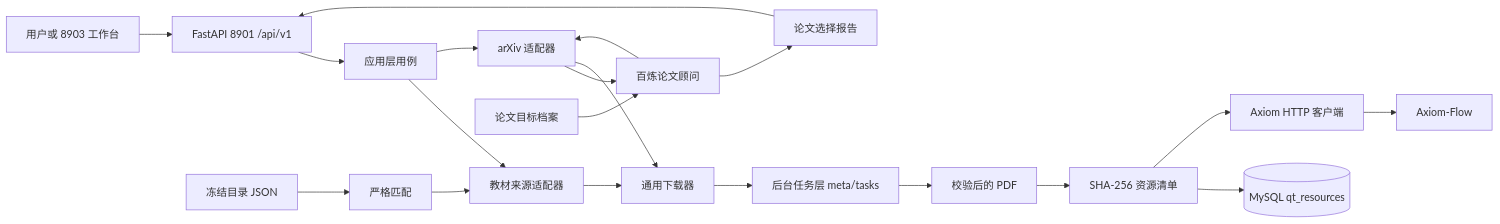
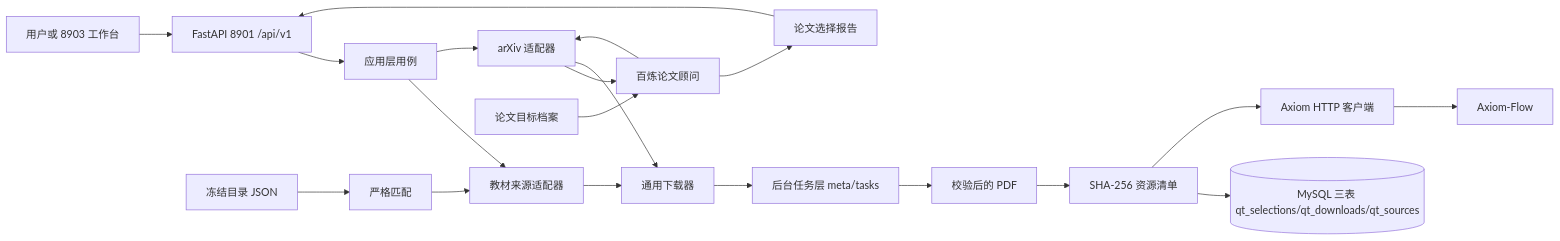
Before and after one commit to swfswf1234/QED-Tracker: the diagram in docs/architecture/system-overview.md, drawn with Mermaid. The commit also changed other lines of this file and 37 other files, not shown here.

````diff
--- a/docs/architecture/system-overview.md
+++ b/docs/architecture/system-overview.md
@@ -27,22 +27,22 @@
 ```mermaid
 flowchart LR
     USER[用户或 8903 工作台] --> API[FastAPI 8901 /api/v1]
     API --> APP[应用层用例]
     APP --> BOOKS[教材来源适配器]
     APP --> ARXIV[arXiv 适配器]
     PROFILE[论文目标档案] --> ADVISOR[百炼论文顾问]
     ADVISOR --> ARXIV
     ARXIV --> ADVISOR
     ADVISOR --> SELECTION[论文选择报告]
     SELECTION --> API
     CATALOG[冻结目录 JSON] --> MATCH[严格匹配]
     MATCH --> BOOKS
     BOOKS --> DOWNLOAD[通用下载器]
     ARXIV --> DOWNLOAD
     DOWNLOAD --> TASKS[后台任务层 meta/tasks]
     TASKS --> PDF[校验后的 PDF]
     PDF --> INVENTORY[SHA-256 资源清单]
-    INVENTORY --> DB[(MySQL qt_resources)]
+    INVENTORY --> DB[(MySQL 三表 qt_selections/qt_downloads/qt_sources)]
     INVENTORY --> AXIOM[Axiom HTTP 客户端]
     AXIOM --> FLOW[Axiom-Flow]
 ```
````
